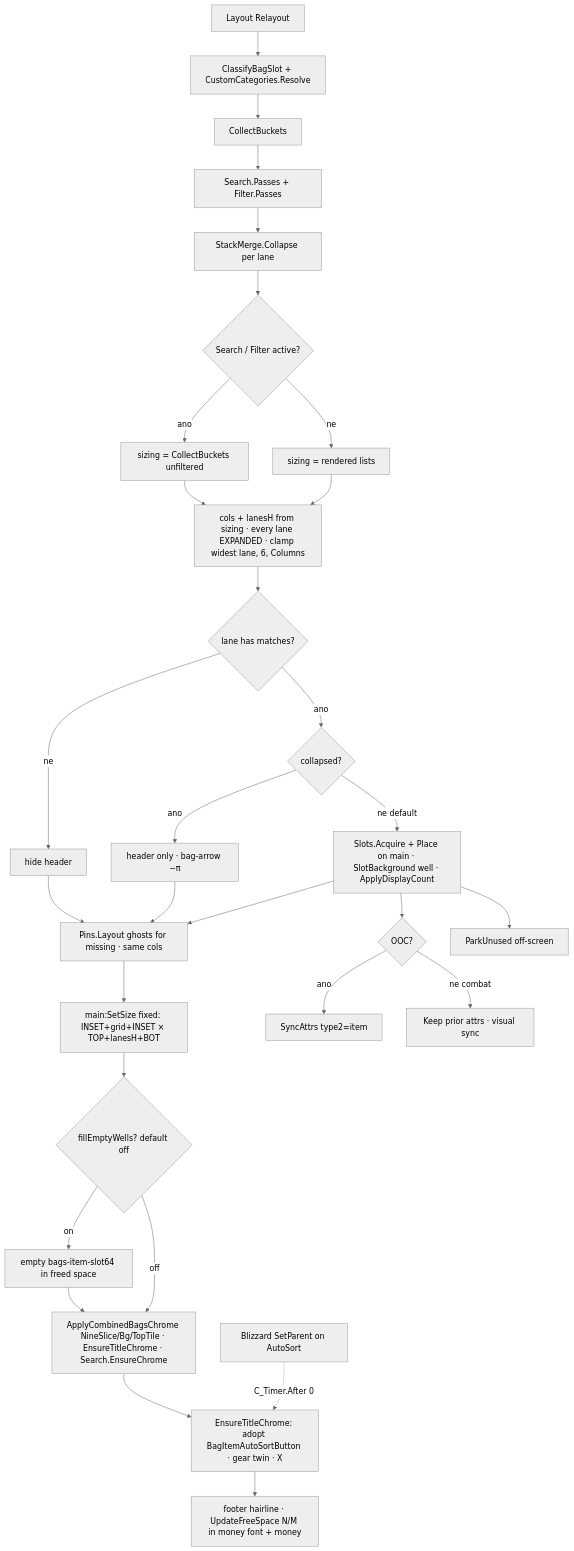
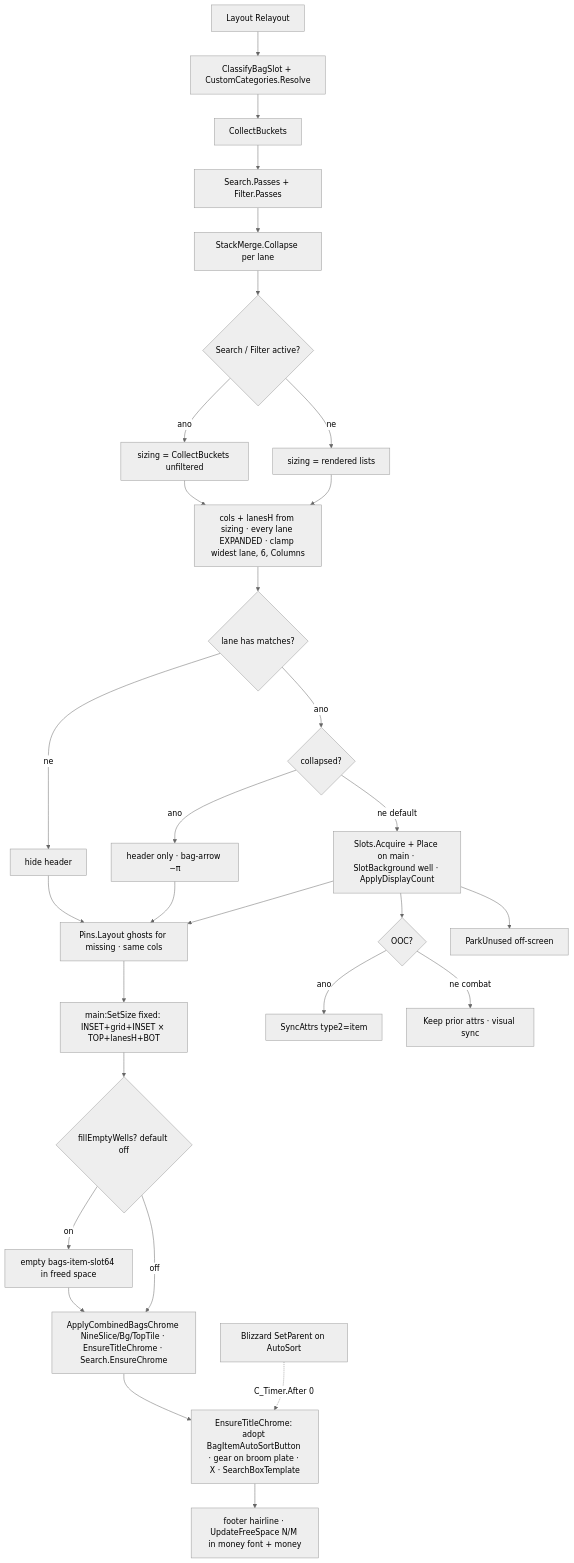
One commit to sirTurbisCZ/wow-forever-addons changed the second of 5 diagrams in addons/BetterBackpack/Docs/loops.md. Above: the diagram before and after it, drawn with Mermaid (neutral theme). The commit also changed other lines of this file and 12 other files, not shown here.

First line of the commit message:
BetterBackpack 0.5.11: native-look search box, gear on broom plate

````diff
--- a/addons/BetterBackpack/Docs/loops.md
+++ b/addons/BetterBackpack/Docs/loops.md
@@ -55,33 +56,33 @@
 ```mermaid
 flowchart TD
   L[Layout Relayout]
   L --> Class[ClassifyBagSlot + CustomCategories.Resolve]
   Class --> Buckets[CollectBuckets]
   Buckets --> SF[Search.Passes + Filter.Passes]
   SF --> Merge[StackMerge.Collapse per lane]
   Merge --> Filt{Search / Filter active?}
   Filt -->|ano| Full[sizing = CollectBuckets unfiltered]
   Filt -->|ne| Same[sizing = rendered lists]
   Full --> Hug[cols + lanesH from sizing · every lane EXPANDED · clamp widest lane, 6, Columns]
   Same --> Hug
   Hug --> Col{lane has matches?}
   Col -->|ne| HideH[hide header]
   Col -->|ano| Coll{collapsed?}
   Coll -->|ano| Hdr[header only · bag-arrow −π]
   Coll -->|ne default| Place[Slots.Acquire + Place on main · SlotBackground well · ApplyDisplayCount]
   Hdr --> Pins
   HideH --> Pins
   Place --> Pins[Pins.Layout ghosts for missing · same cols]
   Pins --> Size[main:SetSize fixed: INSET+grid+INSET × TOP+lanesH+BOT]
   Size --> Wells{fillEmptyWells? default off}
   Wells -->|on| WellsOn[empty bags-item-slot64 in freed space]
   WellsOn --> Chrome
   Wells -->|off| Chrome[ApplyCombinedBagsChrome NineSlice/Bg/TopTile · EnsureTitleChrome · Search.EnsureChrome]
-  Chrome --> Sort[EnsureTitleChrome: adopt BagItemAutoSortButton · gear twin · X]
+  Chrome --> Sort[EnsureTitleChrome: adopt BagItemAutoSortButton · gear on broom plate · X · SearchBoxTemplate]
   Sort --> Foot[footer hairline · UpdateFreeSpace N/M in money font + money]
   Steal[Blizzard SetParent on AutoSort] -.->|C_Timer.After 0| Sort
   Place --> Attrs{OOC?}
   Attrs -->|ano| Sync[SyncAttrs type2=item]
   Attrs -->|ne combat| Keep[Keep prior attrs · visual sync]
   Place --> Unused[ParkUnused off-screen]
 ```
````
